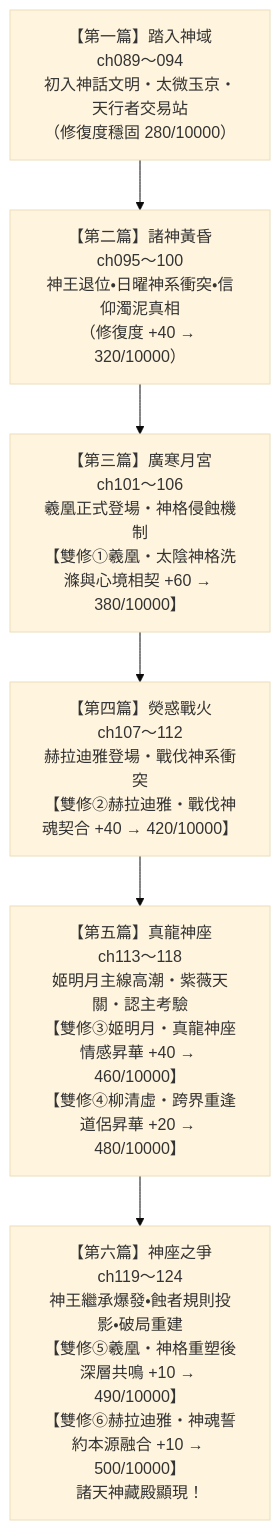
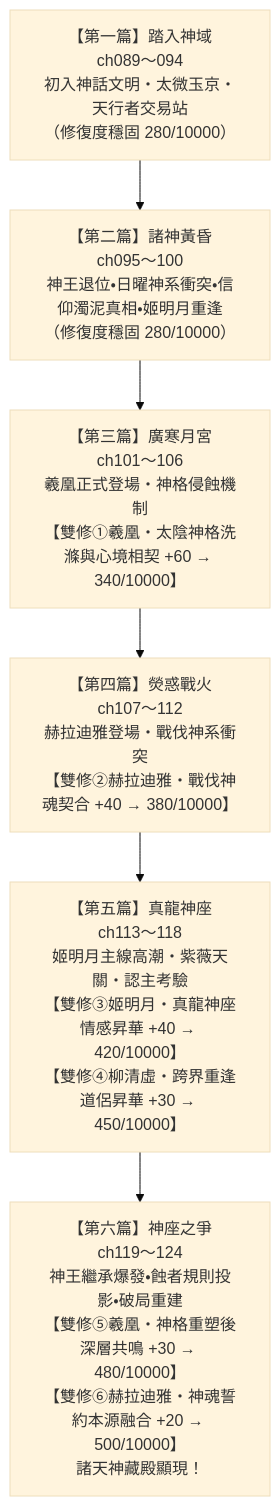
The second of 2 diagrams in sex/docs/arcs/04/README.md (wade-fs/novel), drawn with Mermaid (base theme) before and after one commit. The commit also changed other lines of this file and 7 other files, not shown here.

````diff
--- a/sex/docs/arcs/04/README.md
+++ b/sex/docs/arcs/04/README.md
@@ -87,11 +87,11 @@
 ```mermaid
 flowchart TD
     P1["【第一篇】踏入神域\nch089～094\n初入神話文明・太微玉京・天行者交易站\n（修復度穩固 280/10000）"]
-    P2["【第二篇】諸神黃昏\nch095～100\n神王退位・日曜神系衝突・信仰濁泥真相\n（修復度 +40 → 320/10000）"]
-    P3["【第三篇】廣寒月宮\nch101～106\n羲凰正式登場・神格侵蝕機制\n【雙修①羲凰・太陰神格洗滌與心境相契 +60 → 380/10000】"]
-    P4["【第四篇】熒惑戰火\nch107～112\n赫拉迪雅登場・戰伐神系衝突\n【雙修②赫拉迪雅・戰伐神魂契合 +40 → 420/10000】"]
-    P5["【第五篇】真龍神座\nch113～118\n姬明月主線高潮・紫薇天關・認主考驗\n【雙修③姬明月・真龍神座情感昇華 +40 → 460/10000】\n【雙修④柳清虛・跨界重逢道侶昇華 +20 → 480/10000】"]
-    P6["【第六篇】神座之爭\nch119～124\n神王繼承爆發・蝕者規則投影・破局重建\n【雙修⑤羲凰・神格重塑後深層共鳴 +10 → 490/10000】\n【雙修⑥赫拉迪雅・神魂誓約本源融合 +10 → 500/10000】\n諸天神藏殿顯現！"]
+    P2["【第二篇】諸神黃昏\nch095～100\n神王退位・日曜神系衝突・信仰濁泥真相・姬明月重逢\n（修復度穩固 280/10000）"]
+    P3["【第三篇】廣寒月宮\nch101～106\n羲凰正式登場・神格侵蝕機制\n【雙修①羲凰・太陰神格洗滌與心境相契 +60 → 340/10000】"]
+    P4["【第四篇】熒惑戰火\nch107～112\n赫拉迪雅登場・戰伐神系衝突\n【雙修②赫拉迪雅・戰伐神魂契合 +40 → 380/10000】"]
+    P5["【第五篇】真龍神座\nch113～118\n姬明月主線高潮・紫薇天關・認主考驗\n【雙修③姬明月・真龍神座情感昇華 +40 → 420/10000】\n【雙修④柳清虛・跨界重逢道侶昇華 +30 → 450/10000】"]
+    P6["【第六篇】神座之爭\nch119～124\n神王繼承爆發・蝕者規則投影・破局重建\n【雙修⑤羲凰・神格重塑後深層共鳴 +30 → 480/10000】\n【雙修⑥赫拉迪雅・神魂誓約本源融合 +20 → 500/10000】\n諸天神藏殿顯現！"]
 
     P1 --> P2 --> P3 --> P4 --> P5 --> P6
 ```
````
